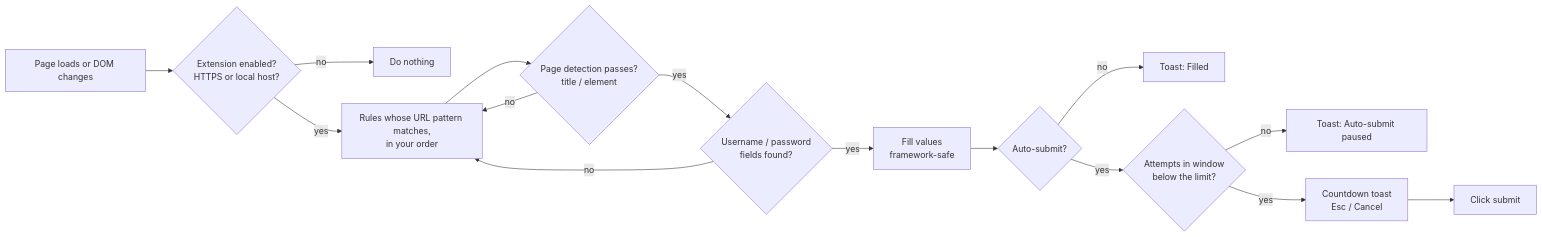
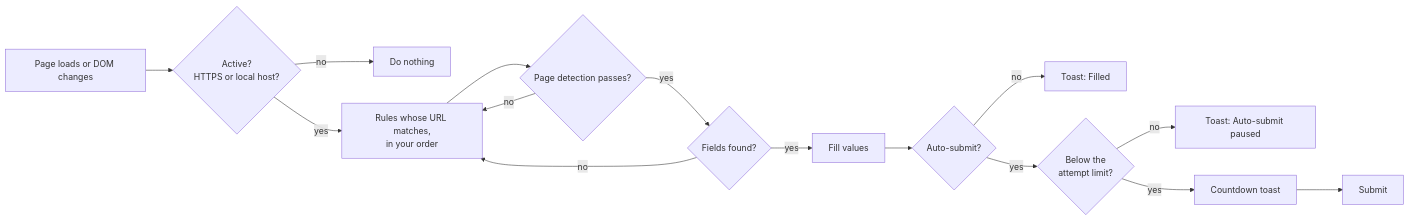
One commit to dkrizan/latchkey changed the diagram in README.md. Above: the diagram before and after it, drawn with Mermaid. The commit also changed other lines of this file, not shown here.

````diff
--- a/README.md
+++ b/README.md
@@ -104,16 +144,16 @@
 ```mermaid
 flowchart LR
-  A[Page loads or DOM changes] --> B{Extension enabled?<br/>HTTPS or local host?}
+  A[Page loads or DOM changes] --> B{Active?<br/>HTTPS or local host?}
   B -- no --> Z[Do nothing]
-  B -- yes --> C[Rules whose URL pattern matches,<br/>in your order]
-  C --> D{Page detection passes?<br/>title / element}
+  B -- yes --> C[Rules whose URL matches,<br/>in your order]
+  C --> D{Page detection passes?}
   D -- no --> C
-  D -- yes --> E{Username / password<br/>fields found?}
+  D -- yes --> E{Fields found?}
   E -- no --> C
-  E -- yes --> F[Fill values<br/>framework-safe]
+  E -- yes --> F[Fill values]
   F --> G{Auto-submit?}
   G -- no --> H[Toast: Filled]
-  G -- yes --> I{Attempts in window<br/>below the limit?}
+  G -- yes --> I{Below the<br/>attempt limit?}
   I -- no --> J[Toast: Auto-submit paused]
-  I -- yes --> K[Countdown toast<br/>Esc / Cancel] --> L[Click submit]
+  I -- yes --> K[Countdown toast] --> L[Submit]
 ```
````
